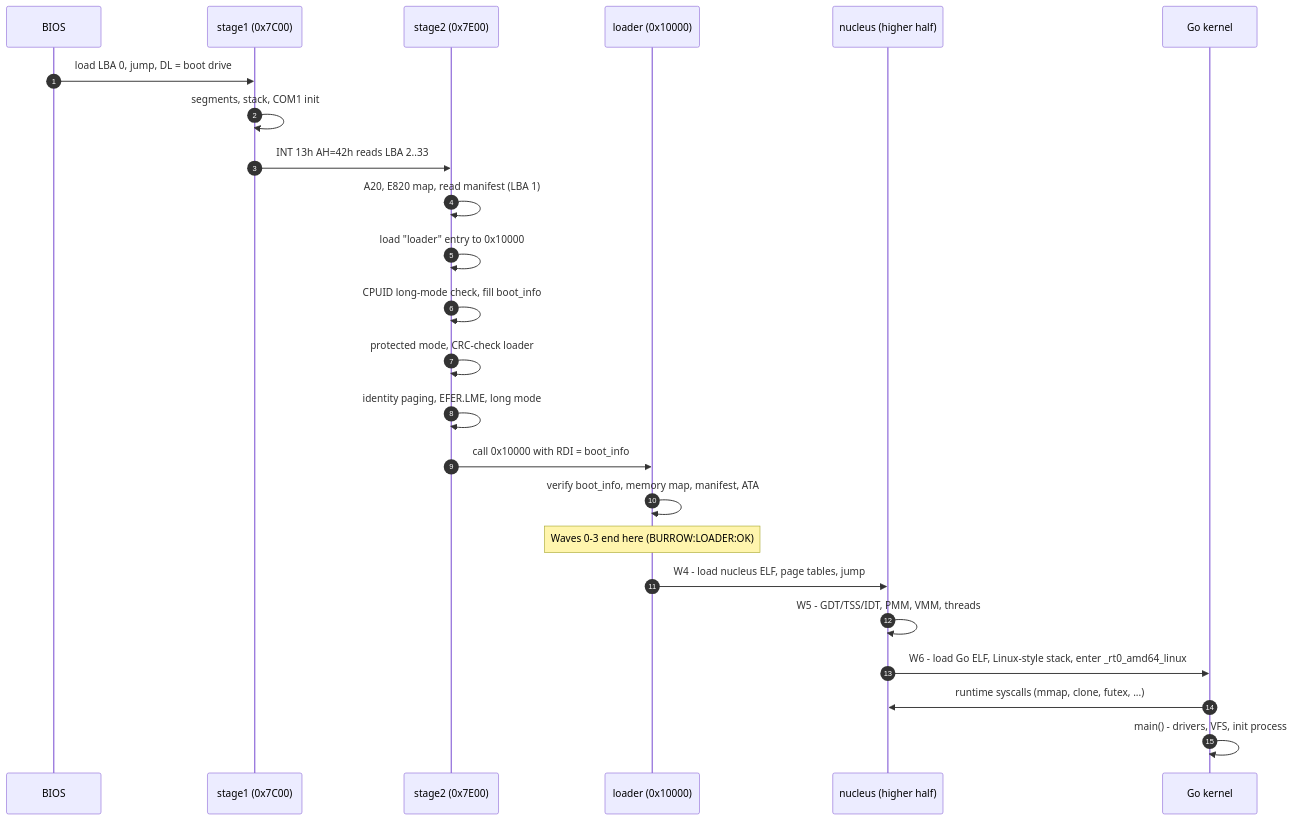
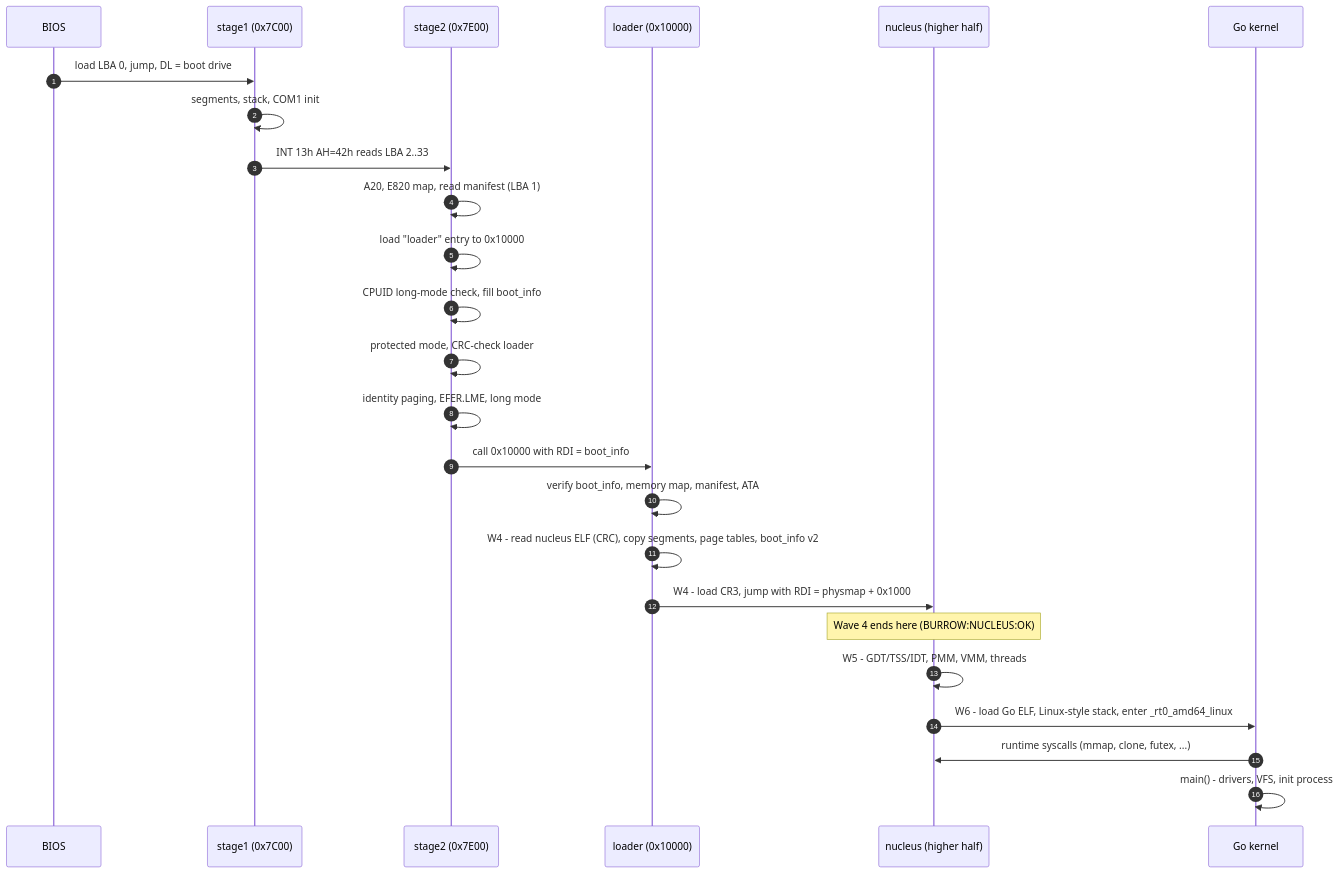
One commit to decagondev/burrow changed the second of 10 diagrams in docs/02-architecture/ARCHITECTURE.md. Above: the diagram before and after it, drawn with Mermaid. The commit also changed 8 other files, not shown here.

````diff
--- a/docs/02-architecture/ARCHITECTURE.md
+++ b/docs/02-architecture/ARCHITECTURE.md
@@ -68,26 +68,27 @@
 ```mermaid
 sequenceDiagram
     autonumber
     participant BIOS
     participant S1 as stage1 (0x7C00)
     participant S2 as stage2 (0x7E00)
     participant L as loader (0x10000)
     participant N as nucleus (higher half)
     participant G as Go kernel
     BIOS->>S1: load LBA 0, jump, DL = boot drive
     S1->>S1: segments, stack, COM1 init
     S1->>S2: INT 13h AH=42h reads LBA 2..33
     S2->>S2: A20, E820 map, read manifest (LBA 1)
     S2->>S2: load "loader" entry to 0x10000
     S2->>S2: CPUID long-mode check, fill boot_info
     S2->>S2: protected mode, CRC-check loader
     S2->>S2: identity paging, EFER.LME, long mode
     S2->>L: call 0x10000 with RDI = boot_info
     L->>L: verify boot_info, memory map, manifest, ATA
-    Note over L: Waves 0-3 end here (BURROW:LOADER:OK)
-    L->>N: W4 - load nucleus ELF, page tables, jump
+    L->>L: W4 - read nucleus ELF (CRC), copy segments, page tables, boot_info v2
+    L->>N: W4 - load CR3, jump with RDI = physmap + 0x1000
+    Note over N: Wave 4 ends here (BURROW:NUCLEUS:OK)
     N->>N: W5 - GDT/TSS/IDT, PMM, VMM, threads
     N->>G: W6 - load Go ELF, Linux-style stack, enter _rt0_amd64_linux
     G->>N: runtime syscalls (mmap, clone, futex, ...)
     G->>G: main() - drivers, VFS, init process
 ```
````
